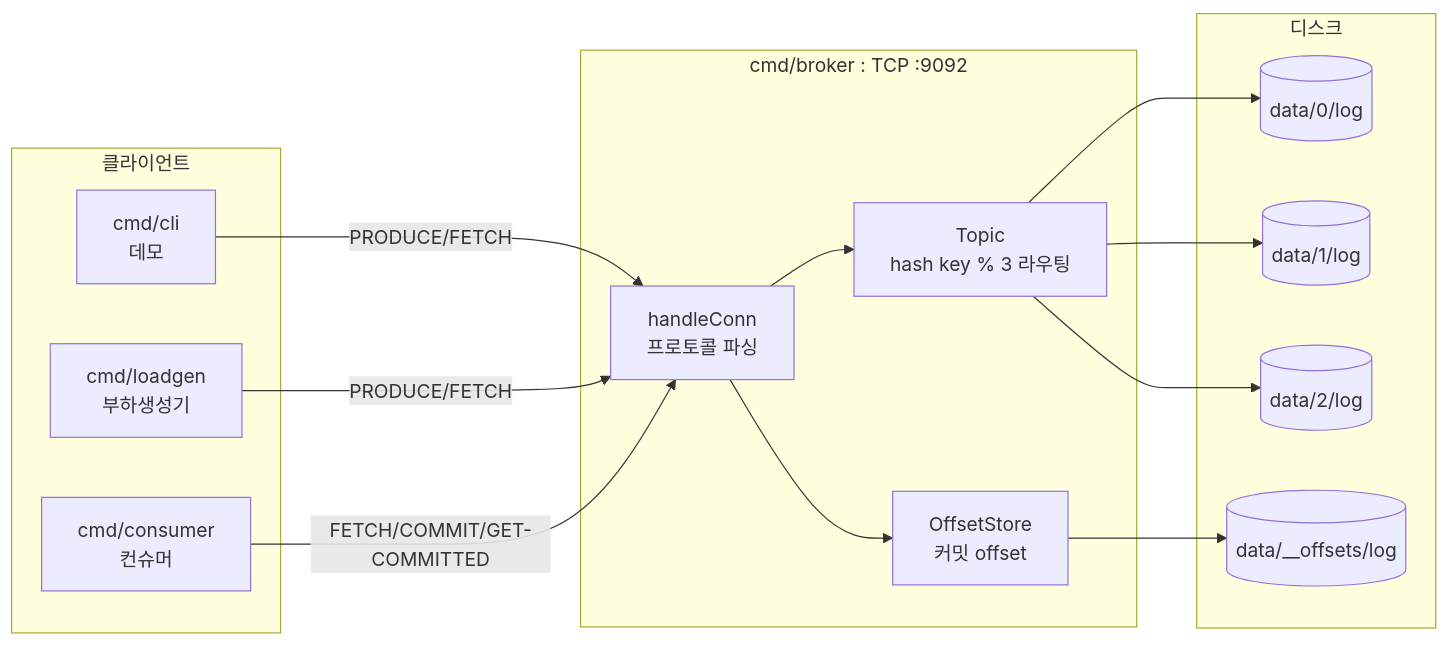
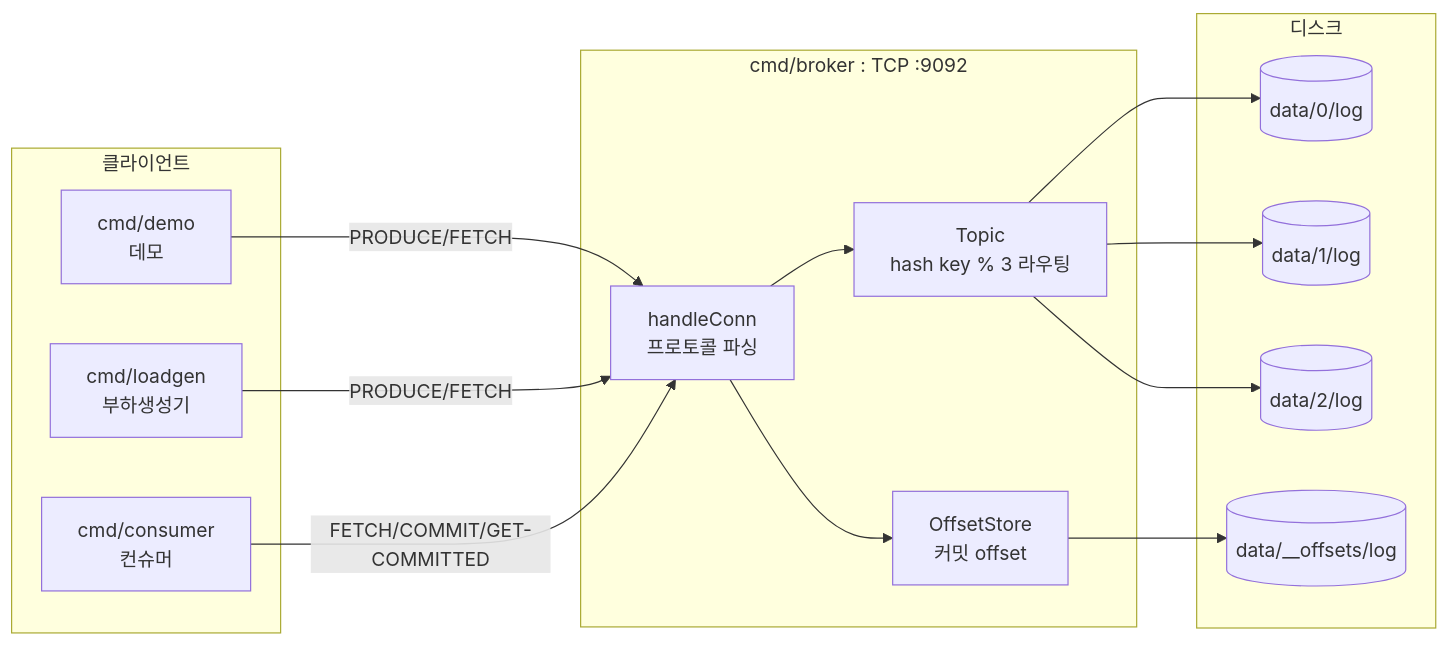
One commit to DalecB/MiniKafka changed the diagram in README.md. Above: the diagram before and after it, drawn with Mermaid. The commit also changed other lines of this file and 1 other file, not shown here.

Commit message:
refactor: rename cmd/cli to cmd/demo (produce+fetch roundtrip demo, not a producer)

````diff
--- a/README.md
+++ b/README.md
@@ -19,28 +19,28 @@
 ```mermaid
 flowchart LR
     subgraph clients[클라이언트]
-        CLI[cmd/cli<br/>데모]
+        CLI[cmd/demo<br/>데모]
         LG[cmd/loadgen<br/>부하생성기]
         CO[cmd/consumer<br/>컨슈머]
     end
 
     subgraph broker[cmd/broker : TCP :9092]
         HC[handleConn<br/>프로토콜 파싱]
         TP[Topic<br/>hash key % 3 라우팅]
         OS[OffsetStore<br/>커밋 offset]
     end
 
     subgraph disk[디스크]
         P0[(data/0/log)]
         P1[(data/1/log)]
         P2[(data/2/log)]
         OF[(data/__offsets/log)]
     end
 
     CLI & LG -->|PRODUCE/FETCH| HC
     CO -->|FETCH/COMMIT/GET-COMMITTED| HC
     HC --> TP
     HC --> OS
     TP --> P0 & P1 & P2
     OS --> OF
 ```
````
